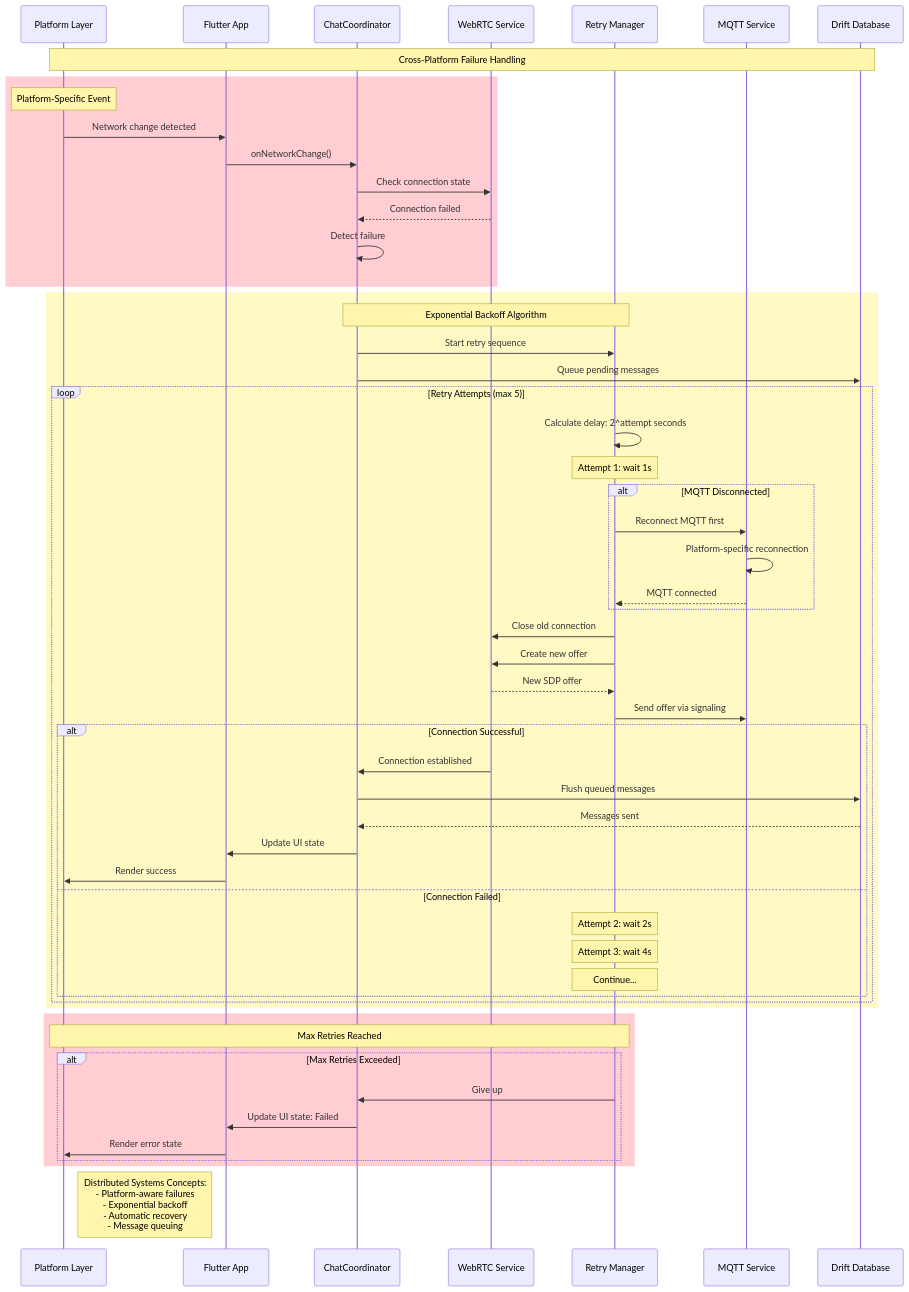
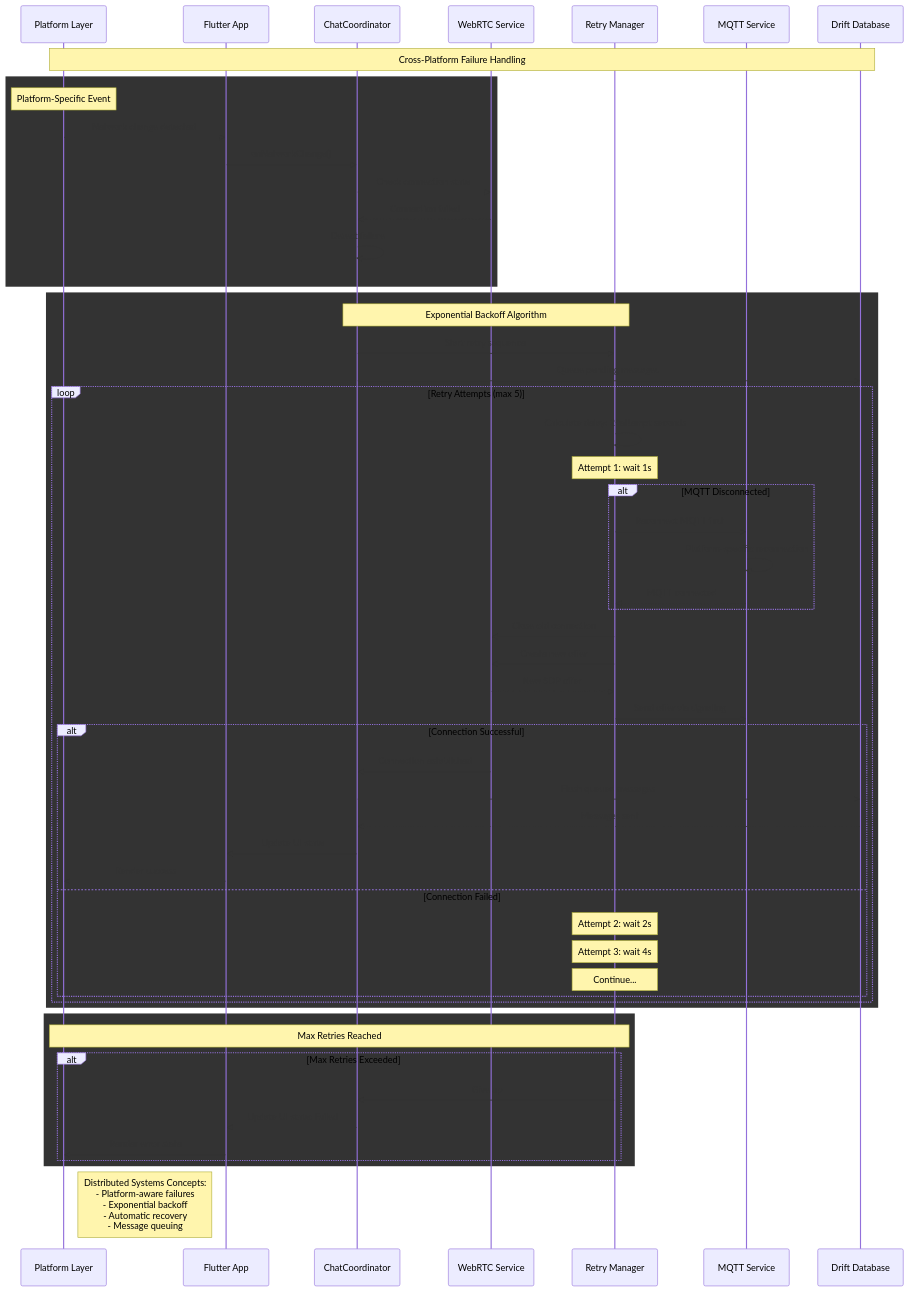
The fifth of 8 diagrams in docs/sequence-diagrams.md (amr-kasem/distributed-systems-flutter-chat-peer), drawn with Mermaid before and after one commit. The commit also changed other lines of this file and 7 other files, not shown here.

Commit message:
solved issues with diagrams

````diff
--- a/docs/sequence-diagrams.md
+++ b/docs/sequence-diagrams.md
@@ -288,66 +288,66 @@
 ```mermaid
 sequenceDiagram
     participant Platform as Platform Layer
     participant Flutter as Flutter App
     participant Coord as ChatCoordinator
     participant WebRTC as WebRTC Service
     participant Retry as Retry Manager
     participant MQTT as MQTT Service
     participant Drift as Drift Database
     
     Note over Platform,Drift: Cross-Platform Failure Handling
     
-    rect rgb(255, 205, 210)
+    rect rgb("255, 205, 210")
         Note over Platform: Platform-Specific Event
         Platform->>Flutter: Network change detected
         Flutter->>Coord: onNetworkChange()
         Coord->>WebRTC: Check connection state
         WebRTC-->>Coord: Connection failed
         Coord->>Coord: Detect failure
     end
     
-    rect rgb(255, 249, 196)
+    rect rgb("255, 249, 196")
         Note over Coord,Retry: Exponential Backoff Algorithm
         Coord->>Retry: Start retry sequence
         Coord->>Drift: Queue pending messages
         
         loop Retry Attempts (max 5)
             Retry->>Retry: Calculate delay: 2^attempt seconds
             Note over Retry: Attempt 1: wait 1s
             
             alt MQTT Disconnected
                 Retry->>MQTT: Reconnect MQTT first
                 MQTT->>MQTT: Platform-specific reconnection
                 MQTT-->>Retry: MQTT connected
             end
             
             Retry->>WebRTC: Close old connection
             Retry->>WebRTC: Create new offer
             WebRTC-->>Retry: New SDP offer
             Retry->>MQTT: Send offer via signaling
             
             alt Connection Successful
                 WebRTC->>Coord: Connection established
                 Coord->>Drift: Flush queued messages
                 Drift-->>Coord: Messages sent
                 Coord->>Flutter: Update UI state
                 Flutter->>Platform: Render success
             else Connection Failed
                 Note over Retry: Attempt 2: wait 2s
                 Note over Retry: Attempt 3: wait 4s
                 Note over Retry: Continue...
             end
         end
     end
     
-    rect rgb(255, 205, 210)
+    rect rgb("255, 205, 210")
         Note over Retry,Platform: Max Retries Reached
         alt Max Retries Exceeded
             Retry->>Coord: Give up
             Coord->>Flutter: Update UI state: Failed
             Flutter->>Platform: Render error state
         end
     end
     
     Note right of Platform: Distributed Systems Concepts:<br/>- Platform-aware failures<br/>- Exponential backoff<br/>- Automatic recovery<br/>- Message queuing
 ```
````
